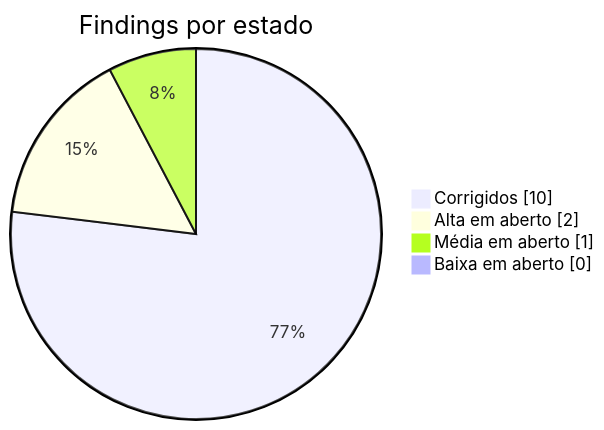
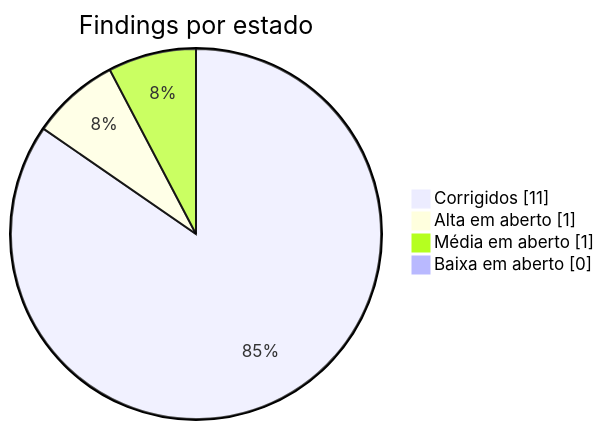
Before and after one commit to joaocarvalhini/Outlook-Reply-Assistant: the first of 2 diagrams in docs/06-engineering/technical-debt.md, drawn with Mermaid. The commit also changed other lines of this file and 2 other files, not shown here.

````diff
--- a/docs/06-engineering/technical-debt.md
+++ b/docs/06-engineering/technical-debt.md
@@ -20,8 +20,8 @@
 ```mermaid
 pie showData
     title Findings por estado
-    "Corrigidos" : 10
-    "Alta em aberto" : 2
+    "Corrigidos" : 11
+    "Alta em aberto" : 1
     "Média em aberto" : 1
     "Baixa em aberto" : 0
 ```
````
